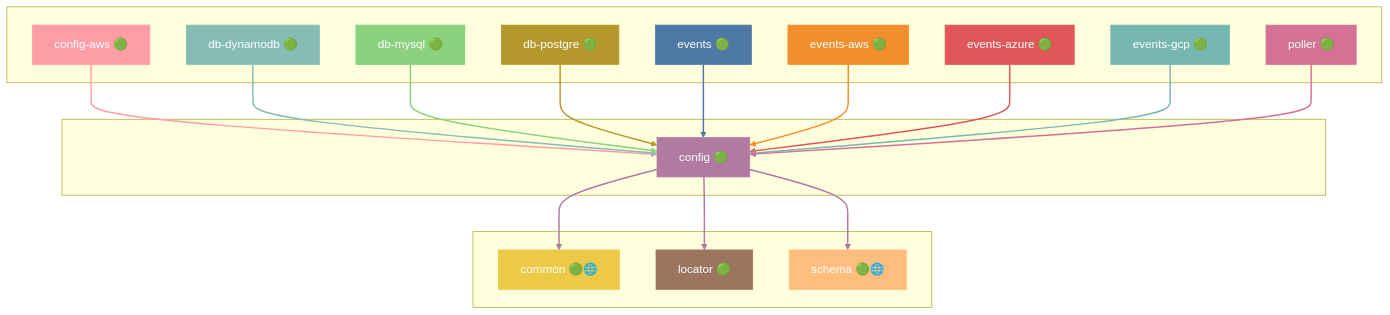
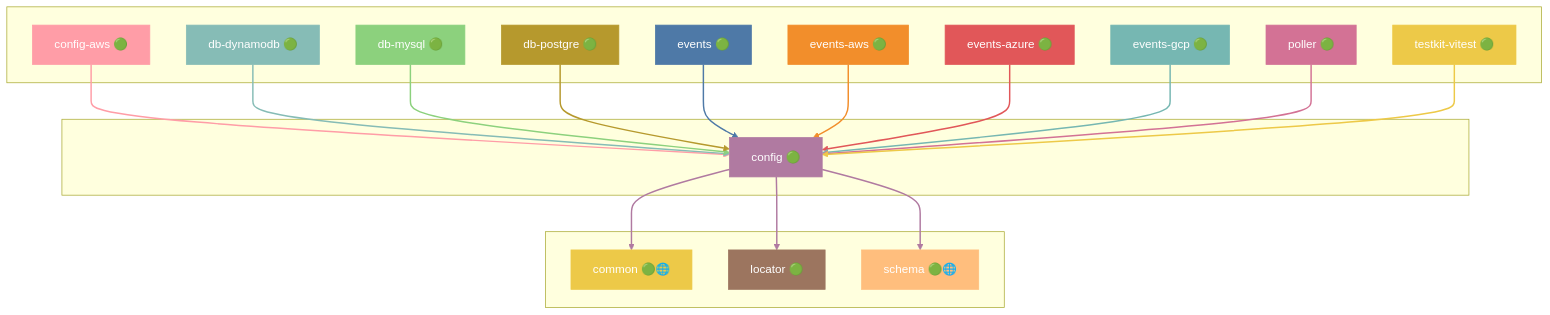
One commit to grest-ts/grest-ts changed the eighth of 46 diagrams in docs/DEPENDENCIES.md. Above: the diagram before and after it, drawn with Mermaid. The commit also changed other lines of this file and 6 other files, not shown here.

````diff
--- a/docs/DEPENDENCIES.md
+++ b/docs/DEPENDENCIES.md
@@ -605,59 +615,63 @@
 ```mermaid
 flowchart TB
     subgraph Dependents[" "]
         config-aws["config-aws 🟢"]
         db-dynamodb["db-dynamodb 🟢"]
         db-mysql["db-mysql 🟢"]
         db-postgre["db-postgre 🟢"]
         events["events 🟢"]
         events-aws["events-aws 🟢"]
         events-azure["events-azure 🟢"]
         events-gcp["events-gcp 🟢"]
         poller["poller 🟢"]
+        testkit-vitest["testkit-vitest 🟢"]
     end
     subgraph Package[" "]
         config["config 🟢"]
     end
     subgraph Dependencies[" "]
         common["common 🟢🌐"]
         locator["locator 🟢"]
         schema["schema 🟢🌐"]
     end
     config-aws --> config
     db-dynamodb --> config
     db-mysql --> config
     db-postgre --> config
     events --> config
     events-aws --> config
     events-azure --> config
     events-gcp --> config
     poller --> config
+    testkit-vitest --> config
     config --> common
     config --> locator
     config --> schema
     style config fill:#B07AA1,stroke:#B07AA1,color:#fff
     style config-aws fill:#FF9DA7,stroke:#FF9DA7,color:#fff
     style db-dynamodb fill:#86BCB6,stroke:#86BCB6,color:#fff
     style db-mysql fill:#8CD17D,stroke:#8CD17D,color:#fff
     style db-postgre fill:#B6992D,stroke:#B6992D,color:#fff
     style events fill:#4E79A7,stroke:#4E79A7,color:#fff
     style events-aws fill:#F28E2B,stroke:#F28E2B,color:#fff
     style events-azure fill:#E15759,stroke:#E15759,color:#fff
     style events-gcp fill:#76B7B2,stroke:#76B7B2,color:#fff
     style poller fill:#D37295,stroke:#D37295,color:#fff
+    style testkit-vitest fill:#EDC948,stroke:#EDC948,color:#fff
     style common fill:#EDC948,stroke:#EDC948,color:#fff
     style locator fill:#9C755F,stroke:#9C755F,color:#fff
     style schema fill:#FFBE7D,stroke:#FFBE7D,color:#fff
     linkStyle 0 stroke:#FF9DA7,stroke-width:2px
     linkStyle 1 stroke:#86BCB6,stroke-width:2px
     linkStyle 2 stroke:#8CD17D,stroke-width:2px
     linkStyle 3 stroke:#B6992D,stroke-width:2px
     linkStyle 4 stroke:#4E79A7,stroke-width:2px
     linkStyle 5 stroke:#F28E2B,stroke-width:2px
     linkStyle 6 stroke:#E15759,stroke-width:2px
     linkStyle 7 stroke:#76B7B2,stroke-width:2px
     linkStyle 8 stroke:#D37295,stroke-width:2px
-    linkStyle 9 stroke:#B07AA1,stroke-width:2px
+    linkStyle 9 stroke:#EDC948,stroke-width:2px
     linkStyle 10 stroke:#B07AA1,stroke-width:2px
     linkStyle 11 stroke:#B07AA1,stroke-width:2px
+    linkStyle 12 stroke:#B07AA1,stroke-width:2px
 ```
````
